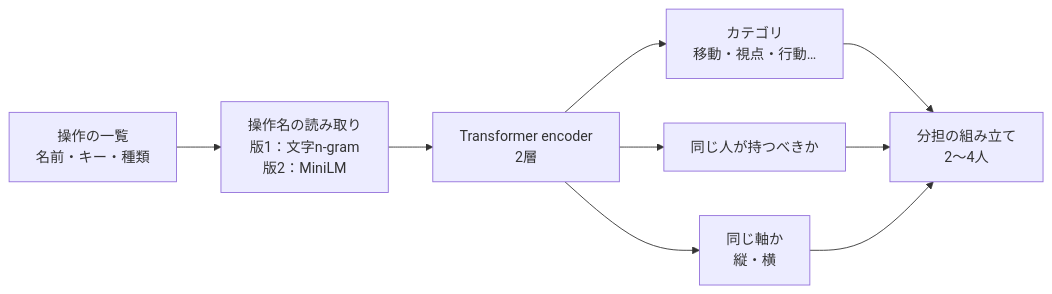
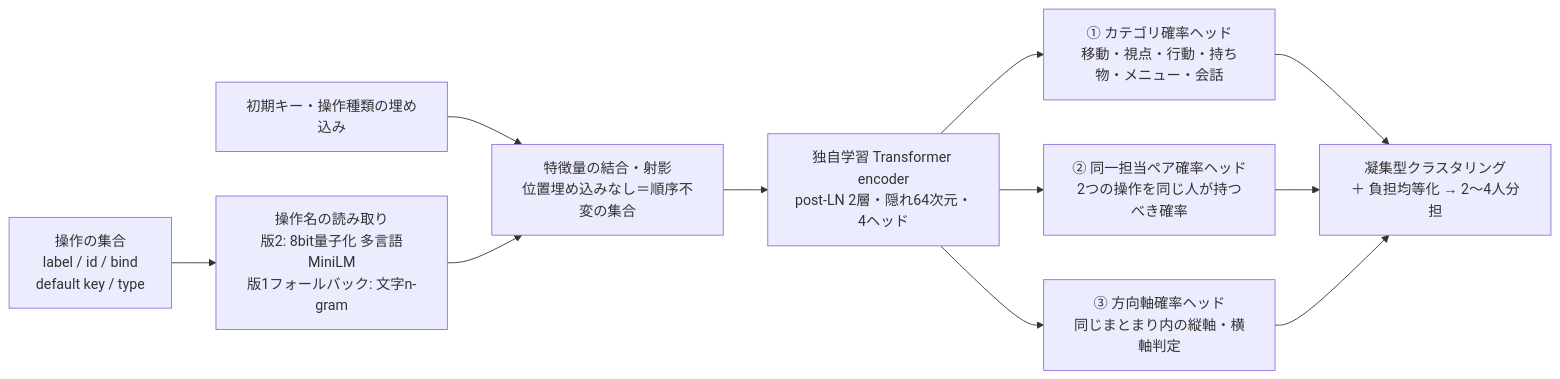
Before and after one commit to jphacks/kz_2613: the first of 2 diagrams in docs/preset-model-specification.md, drawn with Mermaid. The commit also changed other lines of this file and 10 other files, not shown here.

````diff
--- a/docs/preset-model-specification.md
+++ b/docs/preset-model-specification.md
@@ -45,11 +49,13 @@
 ```mermaid
 flowchart LR
-    Actions[操作の一覧<br/>名前・キー・種類] --> Read[操作名の読み取り<br/>版1：文字n-gram<br/>版2：MiniLM]
-    Read --> Encoder[Transformer encoder<br/>2層]
-    Encoder --> Category[カテゴリ<br/>移動・視点・行動…]
-    Encoder --> Pair[同じ人が持つべきか]
-    Encoder --> Axis[同じ軸か<br/>縦・横]
-    Category --> Build[分担の組み立て<br/>2〜4人]
-    Pair --> Build
-    Axis --> Build
+    Actions[操作の集合<br/>label / id / bind<br/>default key / type] --> TextEnc[操作名の読み取り<br/>版2: 8bit量子化 多言語MiniLM<br/>版1フォールバック: 文字n-gram]
+    KeyEnc[初期キー・操作種類の埋め込み] --> Combine[特徴量の結合・射影<br/>位置埋め込みなし＝順序不変の集合]
+    TextEnc --> Combine
+    Combine --> Encoder[独自学習 Transformer encoder<br/>post-LN 2層・隠れ64次元・4ヘッド]
+    Encoder --> Head1[① カテゴリ確率ヘッド<br/>移動・視点・行動・持ち物・メニュー・会話]
+    Encoder --> Head2[② 同一担当ペア確率ヘッド<br/>2つの操作を同じ人が持つべき確率]
+    Encoder --> Head3[③ 方向軸確率ヘッド<br/>同じまとまり内の縦軸・横軸判定]
+    Head1 --> Build[凝集型クラスタリング<br/>＋ 負担均等化 → 2〜4人分担]
+    Head2 --> Build
+    Head3 --> Build
 ```
````
